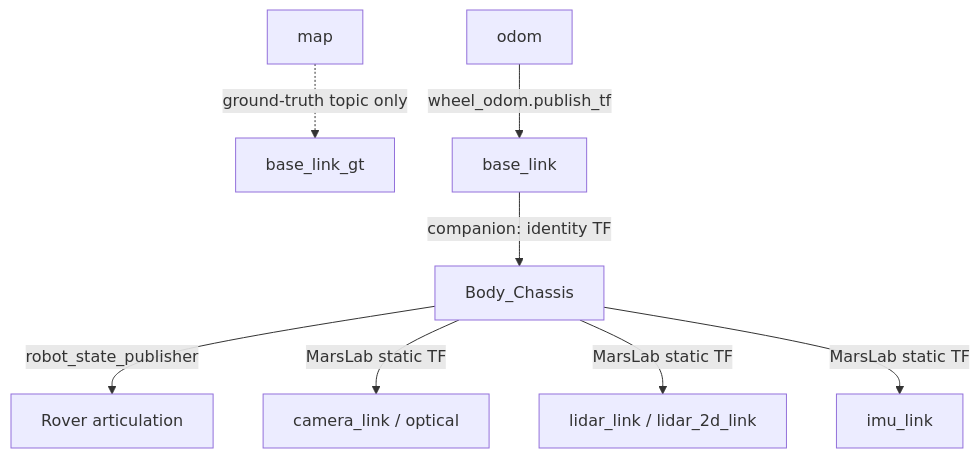
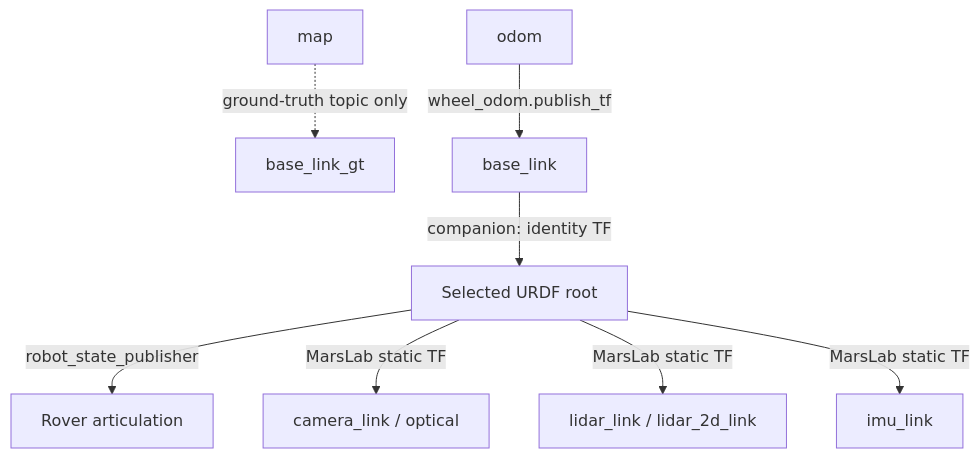
One commit to kimhoyun-robotair/MarsLab changed the second of 2 diagrams in README.md. Above: the diagram before and after it, drawn with Mermaid. The commit also changed other lines of this file and 190 other files, not shown here.

````diff
--- a/README.md
+++ b/README.md
@@ -393,10 +498,10 @@
 ```mermaid
 flowchart TD
     MAP["map"] -. "ground-truth topic only" .-> GT["base_link_gt"]
     ODOM["odom"] -->|"wheel_odom.publish_tf"| BASE["base_link"]
-    BASE -->|"companion: identity TF"| BODY["Body_Chassis"]
+    BASE -->|"companion: identity TF"| BODY["Selected URDF root"]
     BODY -->|"robot_state_publisher"| JOINTS["Rover articulation"]
     BODY -->|"MarsLab static TF"| CAMERA["camera_link / optical"]
     BODY -->|"MarsLab static TF"| LIDAR["lidar_link / lidar_2d_link"]
     BODY -->|"MarsLab static TF"| IMU["imu_link"]
 ```
````
